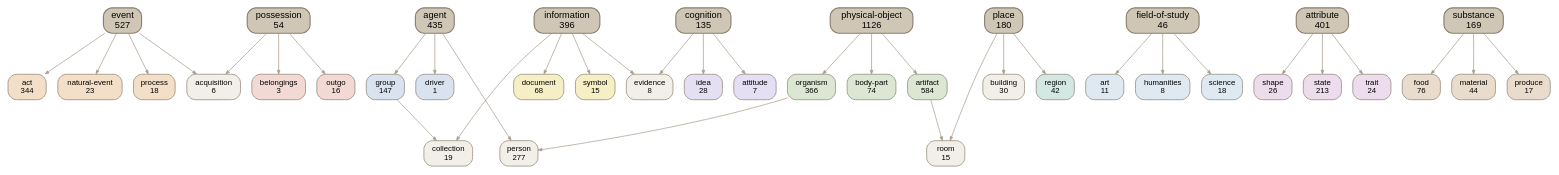
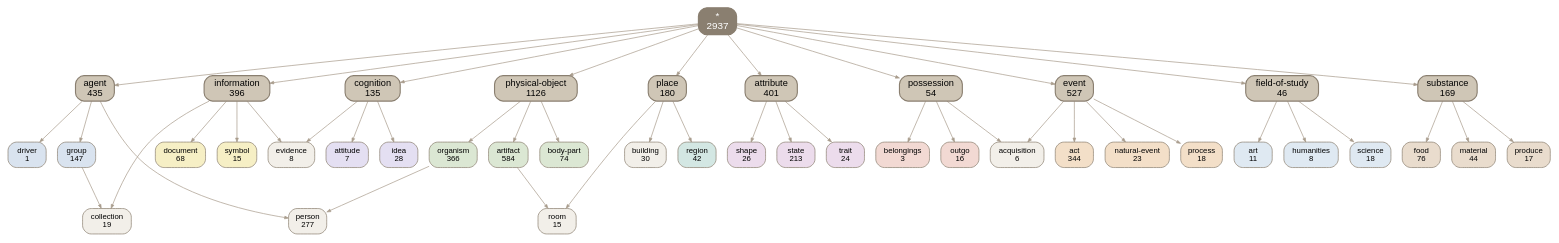
One commit to petfold/ontodag-core changed the diagram in docs/img/top.dot. Above: the diagram before and after it, drawn with Graphviz. The commit also changed 5 other files, not shown here.

```diff
--- a/docs/img/top.dot
+++ b/docs/img/top.dot
@@ -1,81 +1,92 @@
 digraph core {
-  rankdir=TB; ranksep=0.8; nodesep=0.22; splines=true; outputorder=edgesfirst;
+  root="*"; rankdir=TB; ranksep=0.8; nodesep=0.22; splines=true; outputorder=edgesfirst;
   node [shape=box, style="rounded,filled", color="#8a7f70", fontname=Helvetica, fontsize=11];
   edge [color="#a89c8c", arrowsize=0.55];
+  "*" [label="*\n2937" fillcolor="#8a7f70" fontcolor="white" fontsize=14 penwidth=1.6];
+  "*" -> "agent";
+  "*" -> "attribute";
+  "*" -> "cognition";
+  "*" -> "event";
+  "*" -> "field-of-study";
+  "*" -> "information";
+  "*" -> "physical-object";
+  "*" -> "place";
+  "*" -> "possession";
+  "*" -> "substance";
   "acquisition" [label="acquisition\n6" fillcolor="#f2efe9"];
   "act" [label="act\n344" fillcolor="#f3dfc8"];
   "agent" [label="agent\n435" fillcolor="#cfc6b6" fontsize=13 penwidth=1.6];
   "art" [label="art\n11" fillcolor="#dfe9f2"];
   "artifact" [label="artifact\n584" fillcolor="#dbe7d3"];
   "attitude" [label="attitude\n7" fillcolor="#e4dff2"];
   "attribute" [label="attribute\n401" fillcolor="#cfc6b6" fontsize=13 penwidth=1.6];
   "belongings" [label="belongings\n3" fillcolor="#f2d9d3"];
   "body-part" [label="body-part\n74" fillcolor="#dbe7d3"];
   "building" [label="building\n30" fillcolor="#f2efe9"];
   "cognition" [label="cognition\n135" fillcolor="#cfc6b6" fontsize=13 penwidth=1.6];
   "collection" [label="collection\n19" fillcolor="#f2efe9"];
   "document" [label="document\n68" fillcolor="#f6efc5"];
   "driver" [label="driver\n1" fillcolor="#d9e3ef"];
   "event" [label="event\n527" fillcolor="#cfc6b6" fontsize=13 penwidth=1.6];
   "evidence" [label="evidence\n8" fillcolor="#f2efe9"];
   "field-of-study" [label="field-of-study\n46" fillcolor="#cfc6b6" fontsize=13 penwidth=1.6];
   "food" [label="food\n76" fillcolor="#e9dccd"];
   "group" [label="group\n147" fillcolor="#d9e3ef"];
   "humanities" [label="humanities\n8" fillcolor="#dfe9f2"];
   "idea" [label="idea\n28" fillcolor="#e4dff2"];
   "information" [label="information\n396" fillcolor="#cfc6b6" fontsize=13 penwidth=1.6];
   "material" [label="material\n44" fillcolor="#e9dccd"];
   "natural-event" [label="natural-event\n23" fillcolor="#f3dfc8"];
   "organism" [label="organism\n366" fillcolor="#dbe7d3"];
   "outgo" [label="outgo\n16" fillcolor="#f2d9d3"];
   "person" [label="person\n277" fillcolor="#f2efe9"];
   "physical-object" [label="physical-object\n1126" fillcolor="#cfc6b6" fontsize=13 penwidth=1.6];
   "place" [label="place\n180" fillcolor="#cfc6b6" fontsize=13 penwidth=1.6];
   "possession" [label="possession\n54" fillcolor="#cfc6b6" fontsize=13 penwidth=1.6];
   "process" [label="process\n18" fillcolor="#f3dfc8"];
   "produce" [label="produce\n17" fillcolor="#e9dccd"];
   "region" [label="region\n42" fillcolor="#d3e7e3"];
   "room" [label="room\n15" fillcolor="#f2efe9"];
   "science" [label="science\n18" fillcolor="#dfe9f2"];
   "shape" [label="shape\n26" fillcolor="#ecdcec"];
   "state" [label="state\n213" fillcolor="#ecdcec"];
   "substance" [label="substance\n169" fillcolor="#cfc6b6" fontsize=13 penwidth=1.6];
   "symbol" [label="symbol\n15" fillcolor="#f6efc5"];
   "trait" [label="trait\n24" fillcolor="#ecdcec"];
-  { rank=min; "agent" "attribute" "cognition" "event" "field-of-study" "information" "physical-object" "place" "possession" "substance" }
-  "substance" -> "produce";
-  "information" -> "symbol";
-  "group" -> "collection";
-  "information" -> "collection";
-  "physical-object" -> "artifact";
-  "physical-object" -> "organism";
-  "cognition" -> "idea";
+  { rank=same; "agent" "attribute" "cognition" "event" "field-of-study" "information" "physical-object" "place" "possession" "substance" }
+  "event" -> "natural-event";
+  "field-of-study" -> "art";
+  "physical-object" -> "body-part";
+  "agent" -> "group";
   "substance" -> "food";
-  "attribute" -> "shape";
+  "attribute" -> "trait";
+  "cognition" -> "evidence";
+  "information" -> "evidence";
+  "cognition" -> "attitude";
+  "possession" -> "belongings";
+  "attribute" -> "state";
   "field-of-study" -> "science";
-  "attribute" -> "trait";
-  "agent" -> "group";
-  "field-of-study" -> "art";
-  "artifact" -> "room";
-  "place" -> "room";
-  "physical-object" -> "body-part";
-  "place" -> "region";
   "event" -> "acquisition";
   "possession" -> "acquisition";
   "agent" -> "driver";
-  "attribute" -> "state";
+  "substance" -> "produce";
+  "attribute" -> "shape";
+  "field-of-study" -> "humanities";
   "event" -> "process";
-  "place" -> "building";
-  "substance" -> "material";
-  "possession" -> "outgo";
-  "cognition" -> "evidence";
-  "information" -> "evidence";
-  "event" -> "act";
-  "field-of-study" -> "humanities";
-  "information" -> "document";
-  "possession" -> "belongings";
+  "group" -> "collection";
+  "information" -> "collection";
   "agent" -> "person";
   "organism" -> "person";
-  "cognition" -> "attitude";
-  "event" -> "natural-event";
+  "place" -> "building";
+  "event" -> "act";
+  "substance" -> "material";
+  "physical-object" -> "artifact";
+  "possession" -> "outgo";
+  "information" -> "document";
+  "information" -> "symbol";
+  "cognition" -> "idea";
+  "artifact" -> "room";
+  "place" -> "room";
+  "physical-object" -> "organism";
+  "place" -> "region";
 }
```
